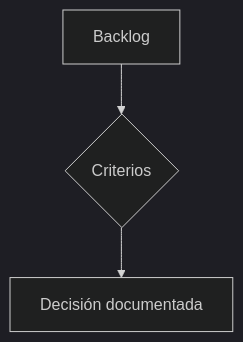
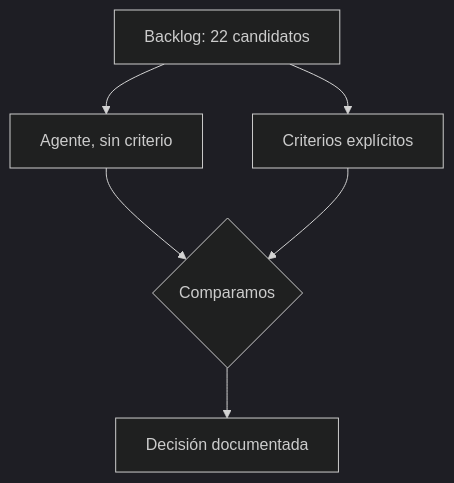
One commit to FRD898/buildwise changed the diagram in docs/curso/taller-1.mdx. Above: the diagram before and after it, drawn with Mermaid (dark theme). The commit also changed other lines of this file, not shown here.

````diff
--- a/docs/curso/taller-1.mdx
+++ b/docs/curso/taller-1.mdx
@@ -9,5 +120,8 @@
 ```mermaid
 flowchart TD
-    A[Backlog] --> B{Criterios}
-    B --> C[Decisión documentada]
+    A[Backlog: 22 candidatos] --> B[Agente, sin criterio]
+    A --> C[Criterios explícitos]
+    B --> D{Comparamos}
+    C --> D
+    D --> E[Decisión documentada]
 ```
````
